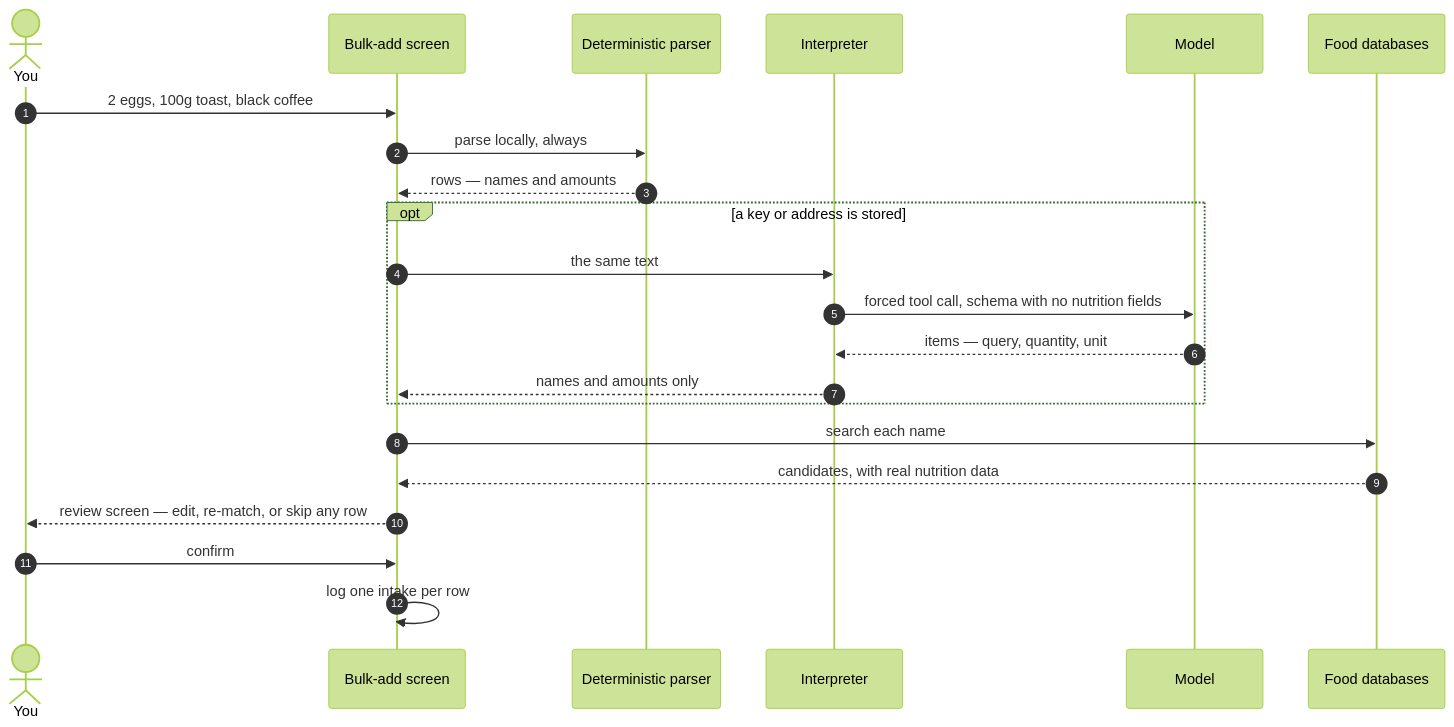
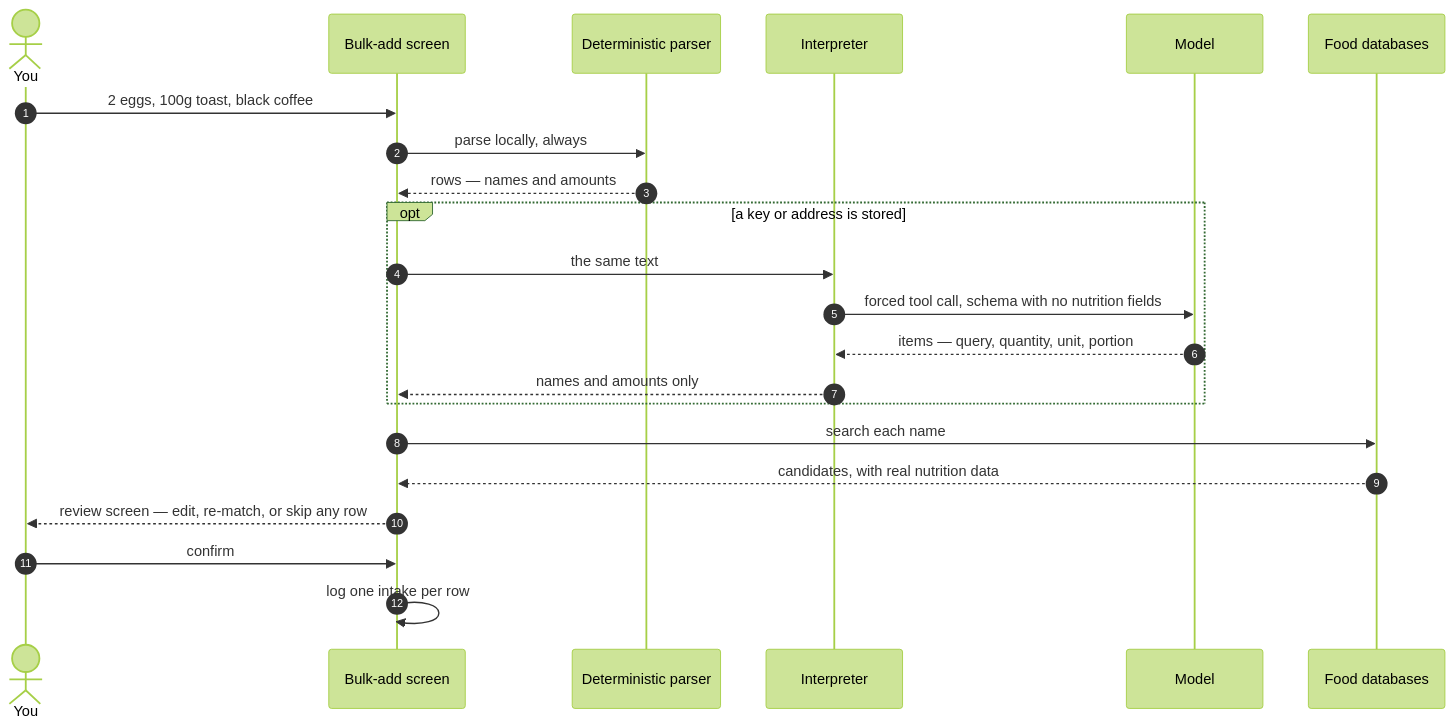
Before and after one commit to simonoppowa/OpenNutriTracker: the first of 4 diagrams in docs/ai-architecture.md, drawn with Mermaid (forest theme). The commit also changed other lines of this file, not shown here.

````diff
--- a/docs/ai-architecture.md
+++ b/docs/ai-architecture.md
@@ -69,24 +74,24 @@
 ```mermaid
 sequenceDiagram
     autonumber
     actor U as You
     participant S as Bulk-add screen
     participant P as Deterministic parser
     participant I as Interpreter
     participant M as Model
     participant DB as Food databases
     U->>S: 2 eggs, 100g toast, black coffee
     S->>P: parse locally, always
     P-->>S: rows — names and amounts
     opt a key or address is stored
         S->>I: the same text
         I->>M: forced tool call, schema with no nutrition fields
-        M-->>I: items — query, quantity, unit
+        M-->>I: items — query, quantity, unit, portion
         I-->>S: names and amounts only
     end
     S->>DB: search each name
     DB-->>S: candidates, with real nutrition data
     S-->>U: review screen — edit, re-match, or skip any row
     U->>S: confirm
     S->>S: log one intake per row
 ```
````
